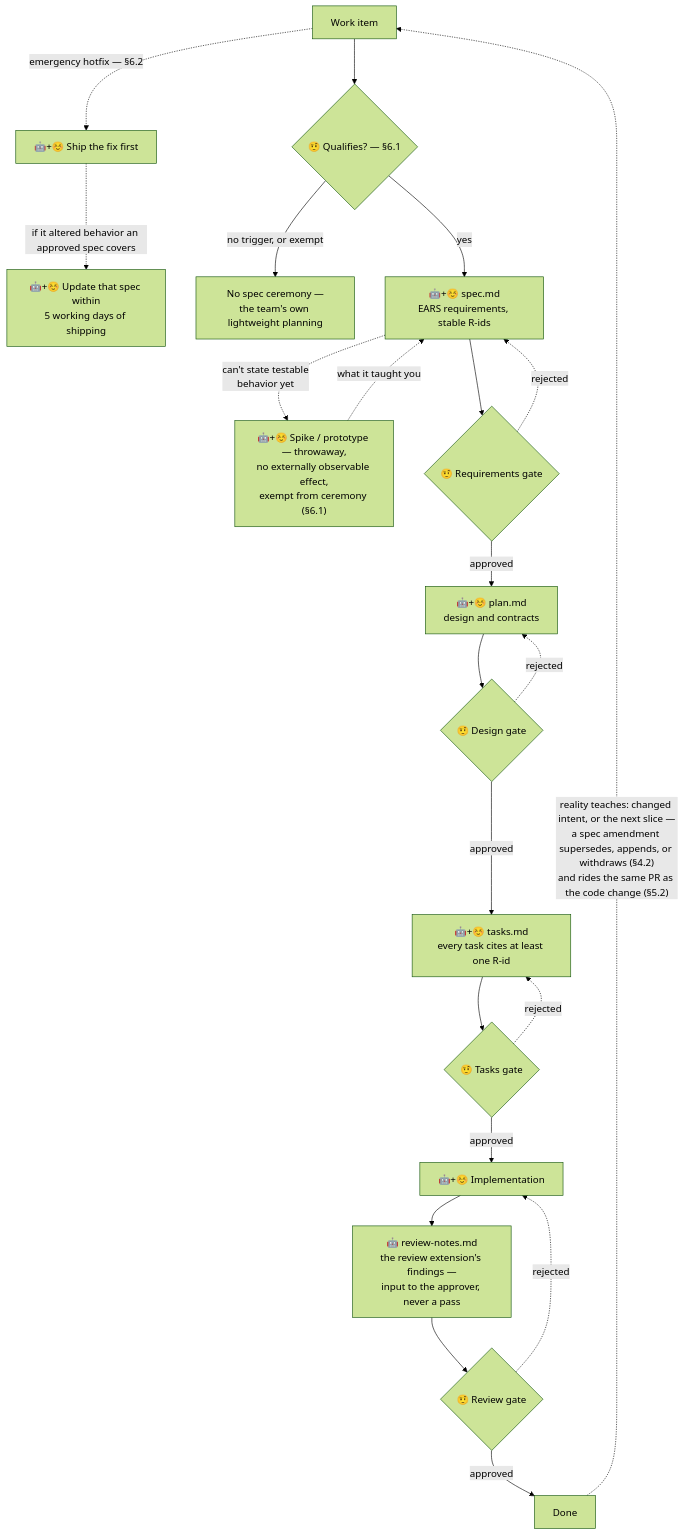
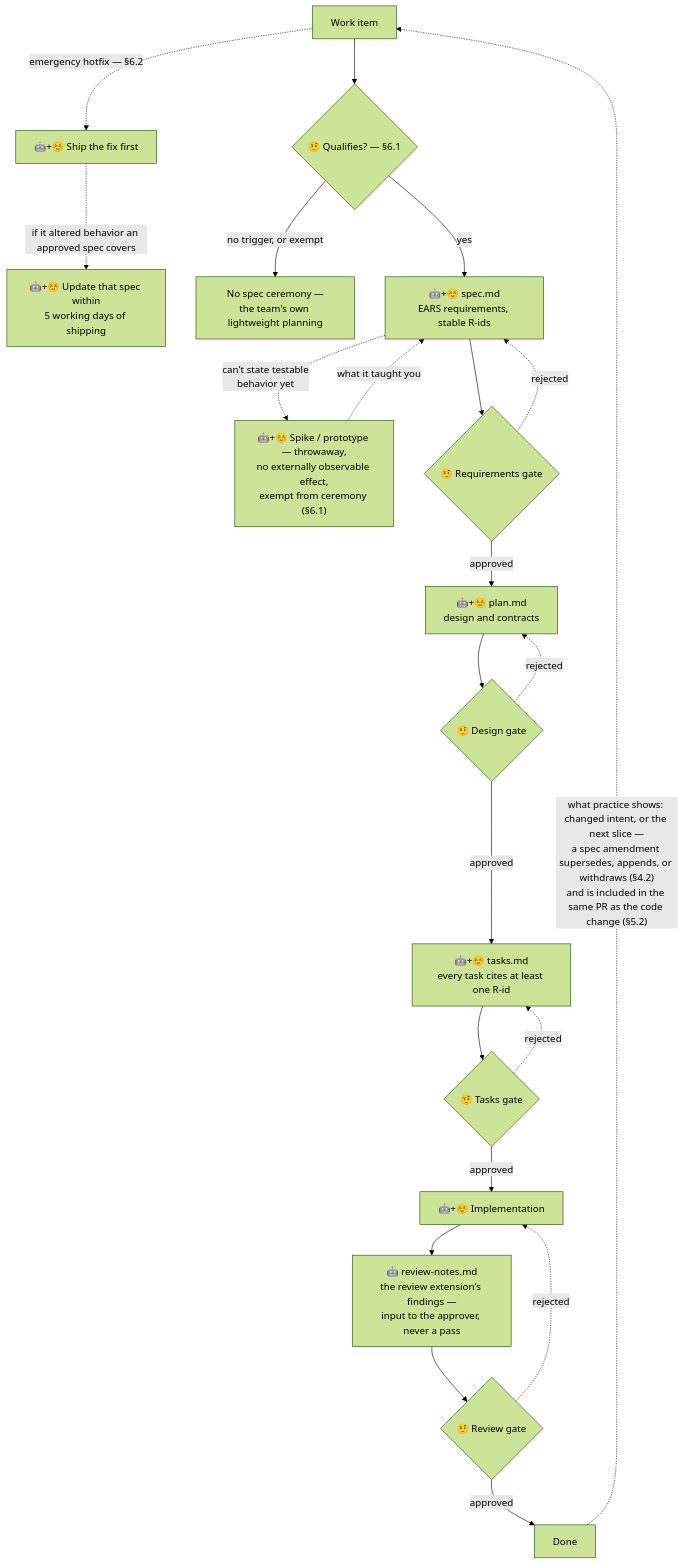
Before and after one commit to dulguun0225/sdd-standard: the diagram in README.md, drawn with Mermaid (forest theme). The commit also changed other lines of this file and 23 other files, not shown here.

````diff
--- a/README.md
+++ b/README.md
@@ -95,24 +94,24 @@
 ```mermaid
 flowchart TD
     WI["Work item"] --> Q{"🤨 Qualifies? — §6.1"}
     WI -.->|"emergency hotfix — §6.2"| HF["🤖+☺️ Ship the fix first"]
     HF -.->|"if it altered behavior an approved spec covers"| HU["🤖+☺️ Update that spec within<br/>5 working days of shipping"]
     Q -->|"no trigger, or exempt"| NC["No spec ceremony —<br/>the team's own lightweight planning"]
     Q -->|"yes"| SPEC["🤖+☺️ spec.md<br/>EARS requirements, stable R-ids"]
     SPEC -.->|"can't state testable<br/>behavior yet"| SPIKE["🤖+☺️ Spike / prototype — throwaway,<br/>no externally observable effect,<br/>exempt from ceremony (§6.1)"]
     SPIKE -.->|"what it taught you"| SPEC
     SPEC --> G1{"🤨 Requirements gate"}
     G1 -->|"approved"| PLAN["🤖+☺️ plan.md<br/>design and contracts"]
     G1 -.->|"rejected"| SPEC
     PLAN --> G2{"🤨 Design gate"}
     G2 -->|"approved"| TASKS["🤖+☺️ tasks.md<br/>every task cites at least one R-id"]
     G2 -.->|"rejected"| PLAN
     TASKS --> G3{"🤨 Tasks gate"}
     G3 -->|"approved"| IMPL["🤖+☺️ Implementation"]
     G3 -.->|"rejected"| TASKS
     IMPL --> NOTES["🤖 review-notes.md<br/>the review extension's findings —<br/>input to the approver, never a pass"]
     NOTES --> G4{"🤨 Review gate"}
     G4 -->|"approved"| DONE["Done"]
     G4 -.->|"rejected"| IMPL
-    DONE -.->|"reality teaches: changed intent, or the next slice —<br/>a spec amendment supersedes, appends, or withdraws (§4.2)<br/>and rides the same PR as the code change (§5.2)"| WI
+    DONE -.->|"what practice shows: changed intent, or the next slice —<br/>a spec amendment supersedes, appends, or withdraws (§4.2)<br/>and is included in the same PR as the code change (§5.2)"| WI
 ```
````
